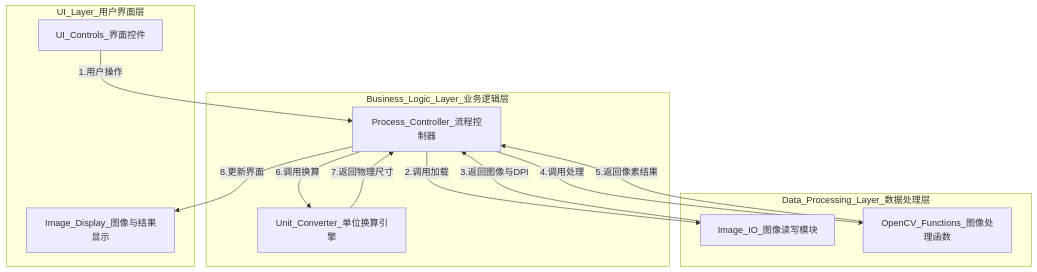
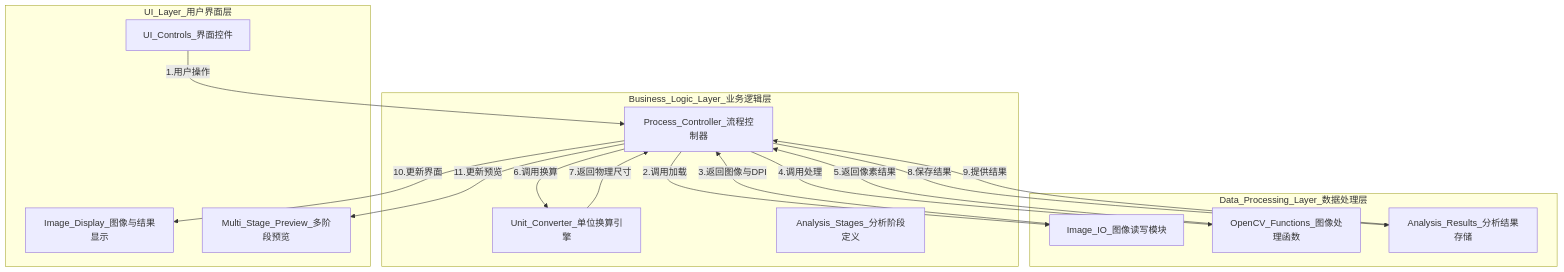
Before and after one commit to hanwantracters/yan_xin_shi_bie: the diagram in readme.md, drawn with Mermaid. The commit also changed other lines of this file and 7 other files, not shown here.

Commit message:
独立预览图

````diff
--- a/readme.md
+++ b/readme.md
@@ -27,27 +28,33 @@
 ```mermaid
 graph TD
     subgraph UI_Layer_用户界面层
         Controls[UI_Controls_界面控件]
         Display[Image_Display_图像与结果显示]
+        Preview[Multi_Stage_Preview_多阶段预览]
     end
 
     subgraph Business_Logic_Layer_业务逻辑层
         Controller[Process_Controller_流程控制器]
         Converter[Unit_Converter_单位换算引擎]
+        AnalysisStages[Analysis_Stages_分析阶段定义]
     end
 
     subgraph Data_Processing_Layer_数据处理层
         IO[Image_IO_图像读写模块]
         CV[OpenCV_Functions_图像处理函数]
+        Results[Analysis_Results_分析结果存储]
     end
 
     %% 详细交互流程
     Controls -- "1.用户操作" --> Controller
     Controller -- "2.调用加载" --> IO
     IO -- "3.返回图像与DPI" --> Controller
     Controller -- "4.调用处理" --> CV
     CV -- "5.返回像素结果" --> Controller
     Controller -- "6.调用换算" --> Converter
     Converter -- "7.返回物理尺寸" --> Controller
-    Controller -- "8.更新界面" --> Display
+    Controller -- "8.保存结果" --> Results
+    Results -- "9.提供结果" --> Controller
+    Controller -- "10.更新界面" --> Display
+    Controller -- "11.更新预览" --> Preview
 ```
````
